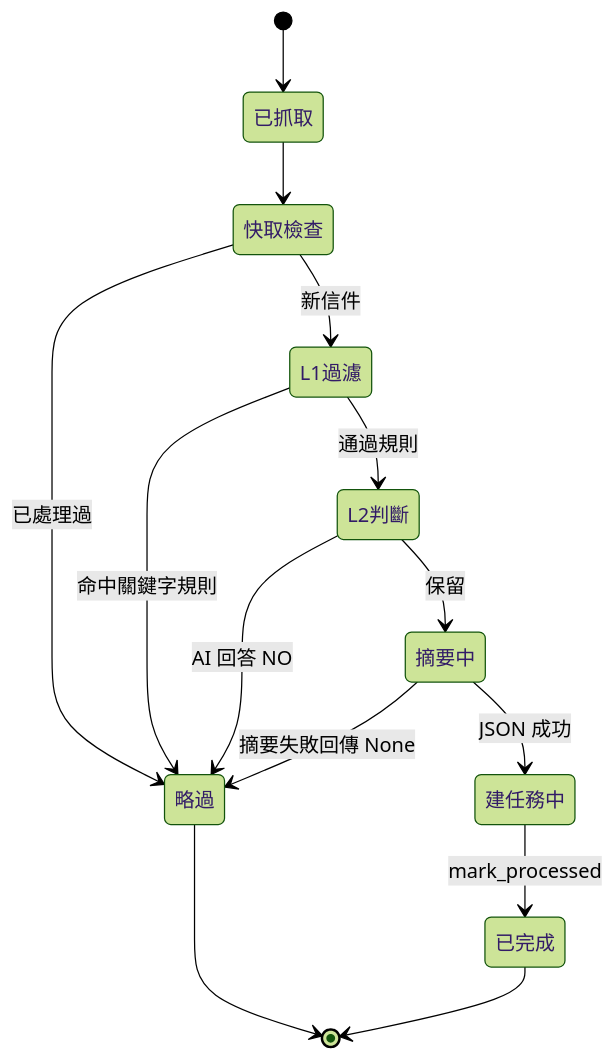
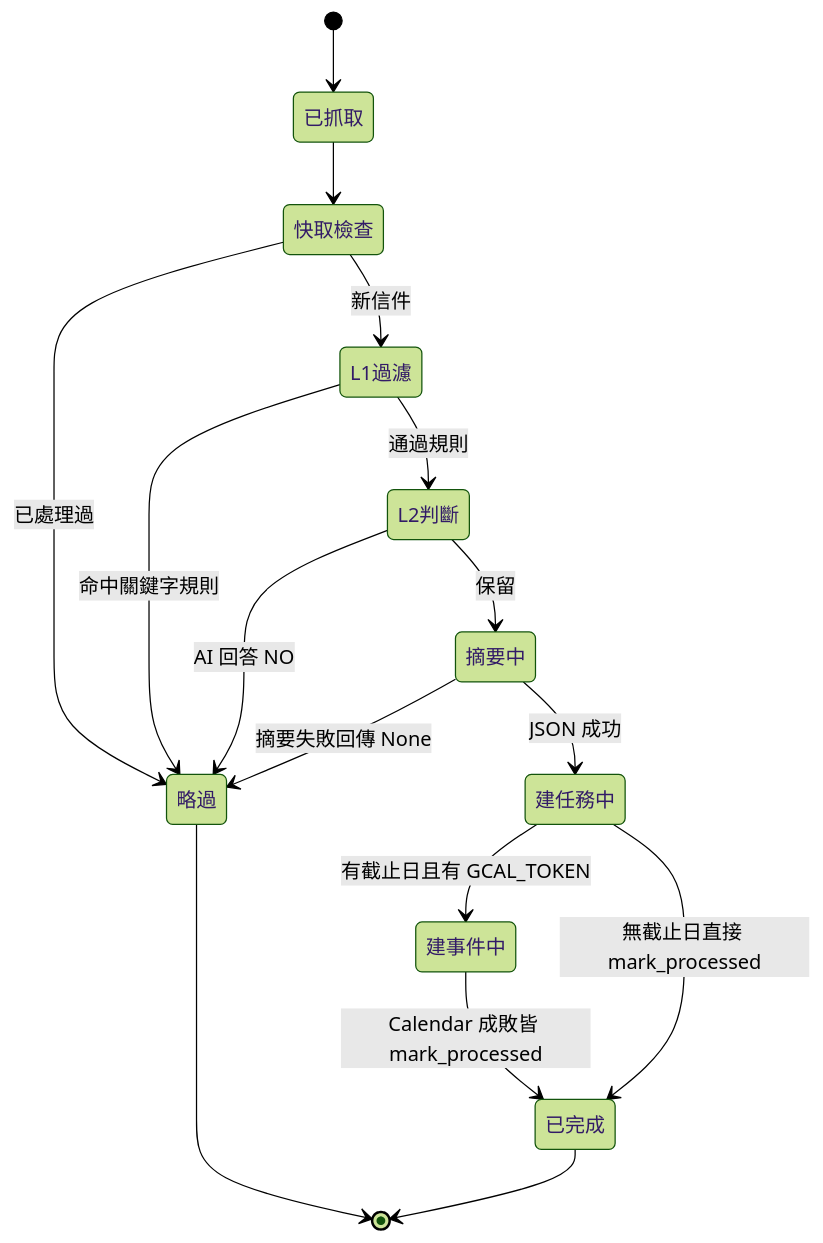
Before and after one commit to chenghyang2001/email-automation-demo: the diagram in mermaid/20260618-email-automation/mmd/email-automation-05-狀態圖.mmd, drawn with Mermaid (forest theme). The commit also changed 12 other files, not shown here.

First line of the commit message:
同步文件與圖表：輸出管道加入 LINE + Google Calendar

```diff
--- a/mermaid/20260618-email-automation/mmd/email-automation-05-狀態圖.mmd
+++ b/mermaid/20260618-email-automation/mmd/email-automation-05-狀態圖.mmd
@@ -1,14 +1,16 @@
 stateDiagram-v2
     [*] --> 已抓取
     已抓取 --> 快取檢查
     快取檢查 --> 略過: 已處理過
     快取檢查 --> L1過濾: 新信件
     L1過濾 --> 略過: 命中關鍵字規則
     L1過濾 --> L2判斷: 通過規則
     L2判斷 --> 略過: AI 回答 NO
     L2判斷 --> 摘要中: 保留
     摘要中 --> 略過: 摘要失敗回傳 None
     摘要中 --> 建任務中: JSON 成功
-    建任務中 --> 已完成: mark_processed
+    建任務中 --> 建事件中: 有截止日且有 GCAL_TOKEN
+    建任務中 --> 已完成: 無截止日直接 mark_processed
+    建事件中 --> 已完成: Calendar 成敗皆 mark_processed
     已完成 --> [*]
     略過 --> [*]
```
